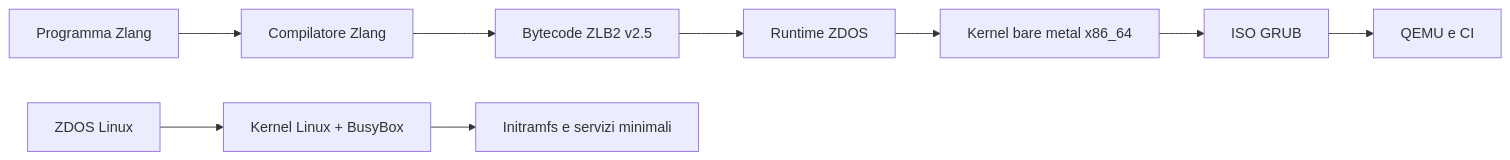
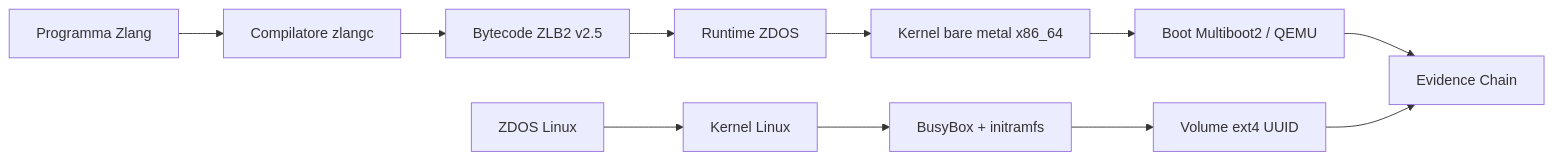
Before and after one commit to high-cde/ZDOS: the diagram in README.md, drawn with Mermaid. The commit also changed other lines of this file, not shown here.

Commit message:
docs: expand public zdos readme

````diff
--- a/README.md
+++ b/README.md
@@ -27,11 +67,13 @@
 ```mermaid
 flowchart LR
-    A[Programma Zlang] --> B[Compilatore Zlang]
+    A[Programma Zlang] --> B[Compilatore zlangc]
     B --> C[Bytecode ZLB2 v2.5]
     C --> D[Runtime ZDOS]
     D --> E[Kernel bare metal x86_64]
-    E --> F[ISO GRUB]
-    F --> G[QEMU e CI]
-    H[ZDOS Linux] --> I[Kernel Linux + BusyBox]
-    I --> J[Initramfs e servizi minimali]
+    E --> F[Boot Multiboot2 / QEMU]
+    F --> G[Evidence Chain]
+    H[ZDOS Linux] --> I[Kernel Linux]
+    I --> J[BusyBox + initramfs]
+    J --> K[Volume ext4 UUID]
+    K --> G
 ```
````
